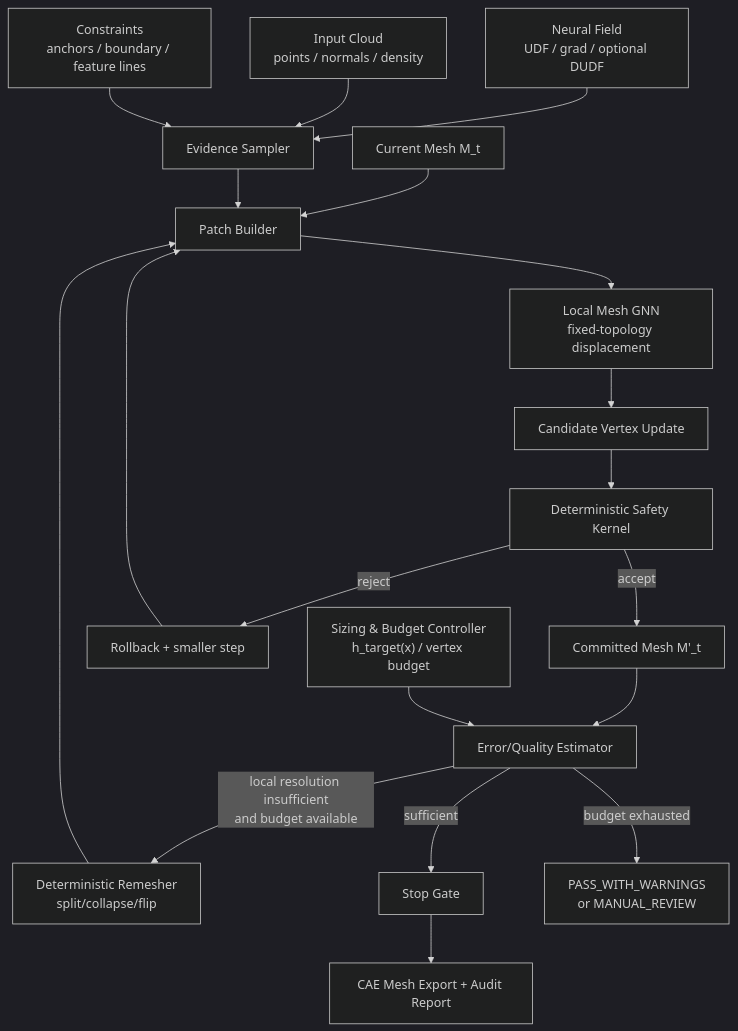
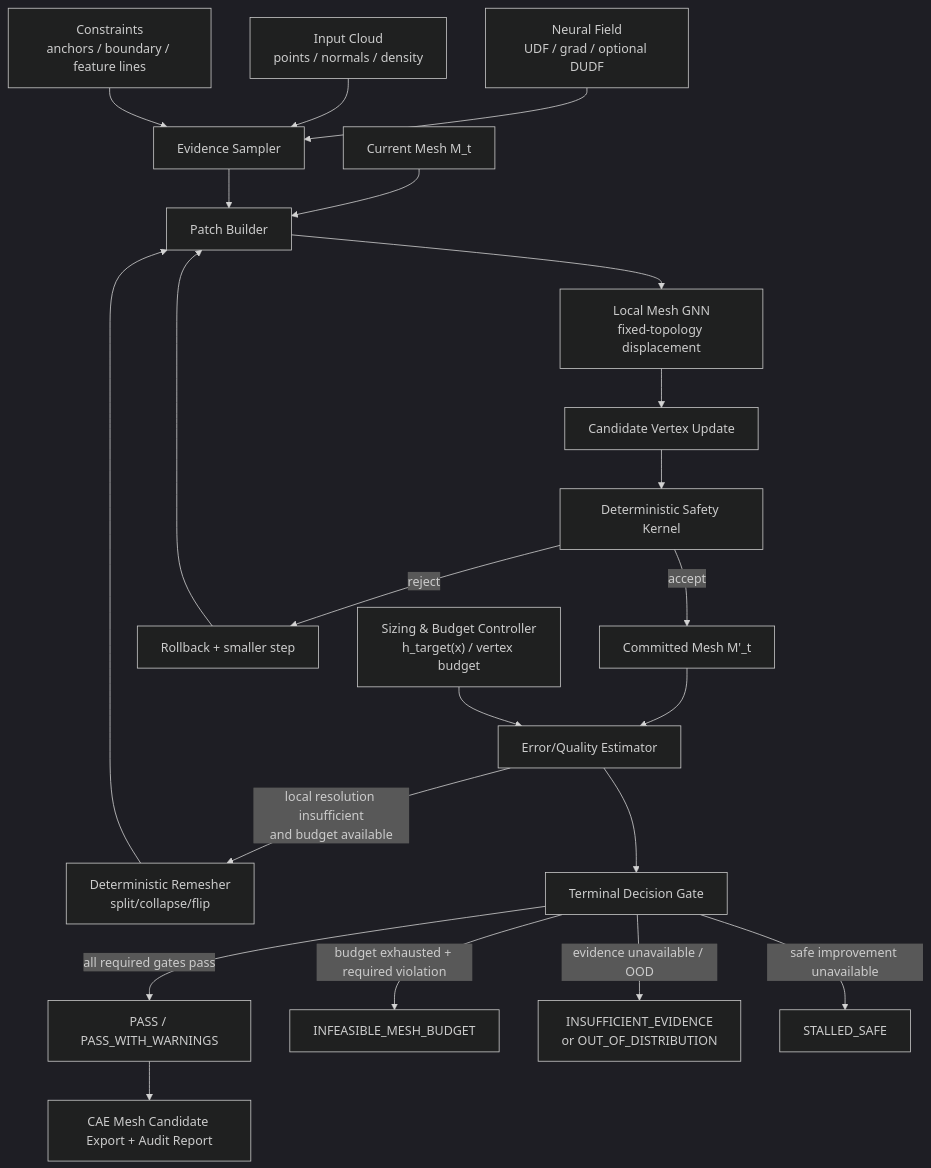
One commit to hidehikofukaya/AutoMetalSheet changed the first of 2 diagrams in archi.md. Above: the diagram before and after it, drawn with Mermaid (dark theme). The commit also changed other lines of this file and 1 other file, not shown here.

Commit message:
docs: integrate GHMR architecture audit findings

````diff
--- a/archi.md
+++ b/archi.md
@@ -145,24 +232,27 @@
 ```mermaid
 flowchart TD
     A["Neural Field<br/>UDF / grad / optional DUDF"] --> E["Evidence Sampler"]
     B["Input Cloud<br/>points / normals / density"] --> E
     C["Constraints<br/>anchors / boundary / feature lines"] --> E
     D["Current Mesh M_t"] --> F["Patch Builder"]
     E --> F
 
     F --> G["Local Mesh GNN<br/>fixed-topology displacement"]
     G --> H["Candidate Vertex Update"]
     H --> I["Deterministic Safety Kernel"]
 
     I -->|accept| J["Committed Mesh M'_t"]
     I -->|reject| K["Rollback + smaller step"]
 
     J --> L["Error/Quality Estimator"]
     P["Sizing & Budget Controller<br/>h_target(x) / vertex budget"] --> L
     L -->|local resolution insufficient<br/>and budget available| M["Deterministic Remesher<br/>split/collapse/flip"]
-    L -->|sufficient| N["Stop Gate"]
-    L -->|budget exhausted| Q["PASS_WITH_WARNINGS<br/>or MANUAL_REVIEW"]
+    L --> N["Terminal Decision Gate"]
+    N -->|all required gates pass| O["PASS / PASS_WITH_WARNINGS"]
+    N -->|budget exhausted + required violation| Q["INFEASIBLE_MESH_BUDGET"]
+    N -->|evidence unavailable / OOD| R["INSUFFICIENT_EVIDENCE<br/>or OUT_OF_DISTRIBUTION"]
+    N -->|safe improvement unavailable| S["STALLED_SAFE"]
     M --> F
     K --> F
-    N --> O["CAE Mesh Export + Audit Report"]
+    O --> T["CAE Mesh Candidate Export + Audit Report"]
 ```
````
